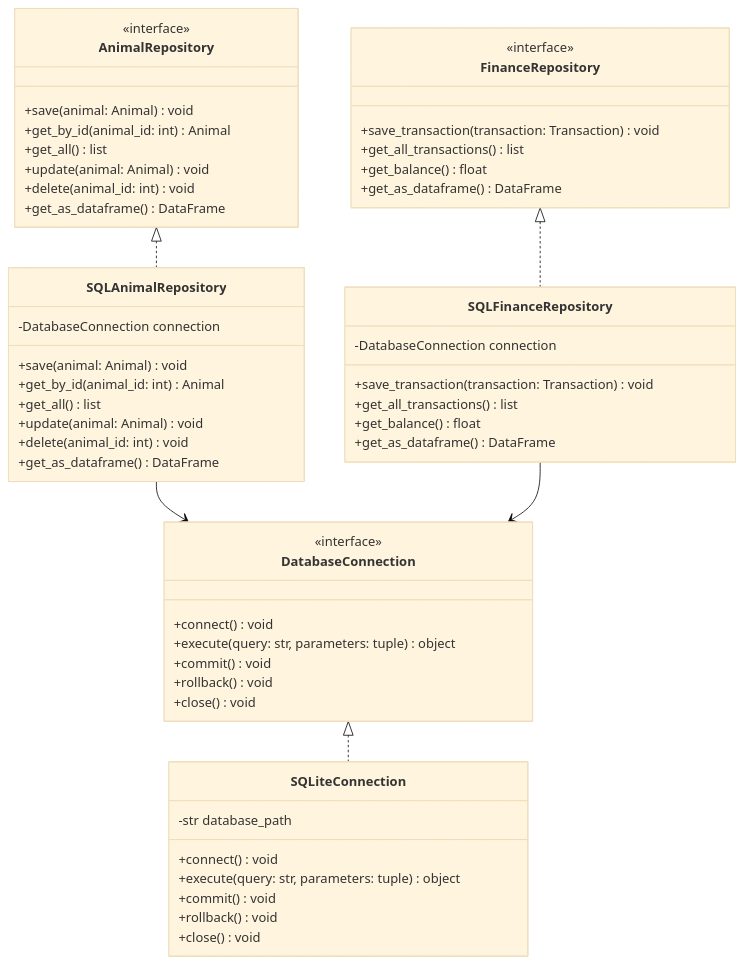
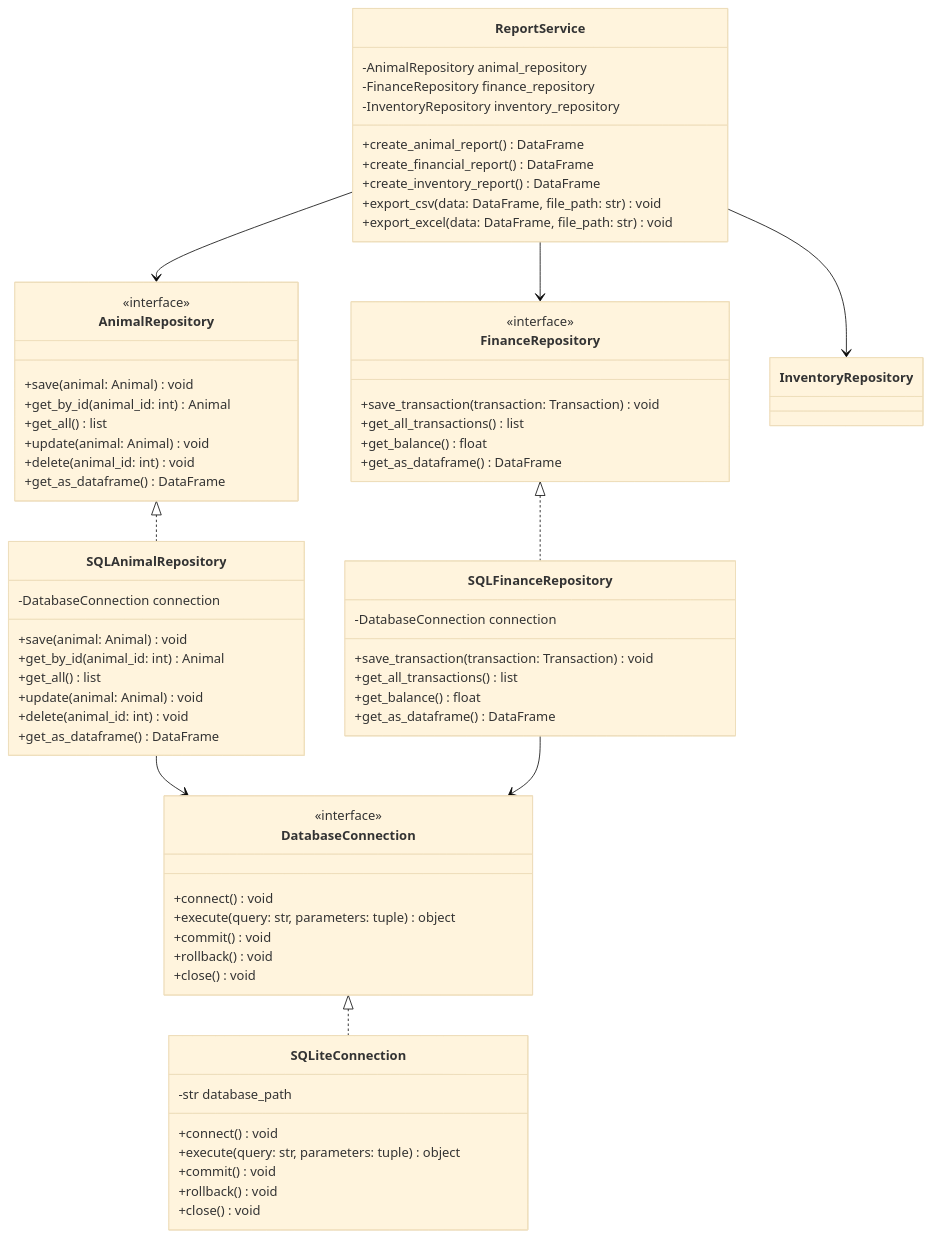
Before and after one commit to Darnell-Beganovic/zms-BBS: the diagram in zoo_simulation/docs/planning_db_kaiss.md, drawn with Mermaid (base theme). The commit also changed other lines of this file and 3 other files, not shown here.

First line of the commit message:
docs(planning): reassign ReportService from Backend to Database focus

````diff
--- a/zoo_simulation/docs/planning_db_kaiss.md
+++ b/zoo_simulation/docs/planning_db_kaiss.md
@@ -29,64 +33,79 @@
 ```mermaid
 classDiagram
     direction TB
 
     class DatabaseConnection {
         <<interface>>
         +connect() void
         +execute(query: str, parameters: tuple) object
         +commit() void
         +rollback() void
         +close() void
     }
 
     class SQLiteConnection {
         -str database_path
         +connect() void
         +execute(query: str, parameters: tuple) object
         +commit() void
         +rollback() void
         +close() void
     }
 
     class AnimalRepository {
         <<interface>>
         +save(animal: Animal) void
         +get_by_id(animal_id: int) Animal
         +get_all() list
         +update(animal: Animal) void
         +delete(animal_id: int) void
         +get_as_dataframe() DataFrame
     }
 
     class FinanceRepository {
         <<interface>>
         +save_transaction(transaction: Transaction) void
         +get_all_transactions() list
         +get_balance() float
         +get_as_dataframe() DataFrame
     }
 
     class SQLAnimalRepository {
         -DatabaseConnection connection
         +save(animal: Animal) void
         +get_by_id(animal_id: int) Animal
         +get_all() list
         +update(animal: Animal) void
         +delete(animal_id: int) void
         +get_as_dataframe() DataFrame
     }
 
     class SQLFinanceRepository {
         -DatabaseConnection connection
         +save_transaction(transaction: Transaction) void
         +get_all_transactions() list
         +get_balance() float
         +get_as_dataframe() DataFrame
     }
 
+    class ReportService {
+        -AnimalRepository animal_repository
+        -FinanceRepository finance_repository
+        -InventoryRepository inventory_repository
+        +create_animal_report() DataFrame
+        +create_financial_report() DataFrame
+        +create_inventory_report() DataFrame
+        +export_csv(data: DataFrame, file_path: str) void
+        +export_excel(data: DataFrame, file_path: str) void
+    }
+
     DatabaseConnection <|.. SQLiteConnection
     AnimalRepository <|.. SQLAnimalRepository
     FinanceRepository <|.. SQLFinanceRepository
     SQLAnimalRepository --> DatabaseConnection
     SQLFinanceRepository --> DatabaseConnection
+
+    ReportService --> AnimalRepository
+    ReportService --> FinanceRepository
+    ReportService --> InventoryRepository
 ```
````
